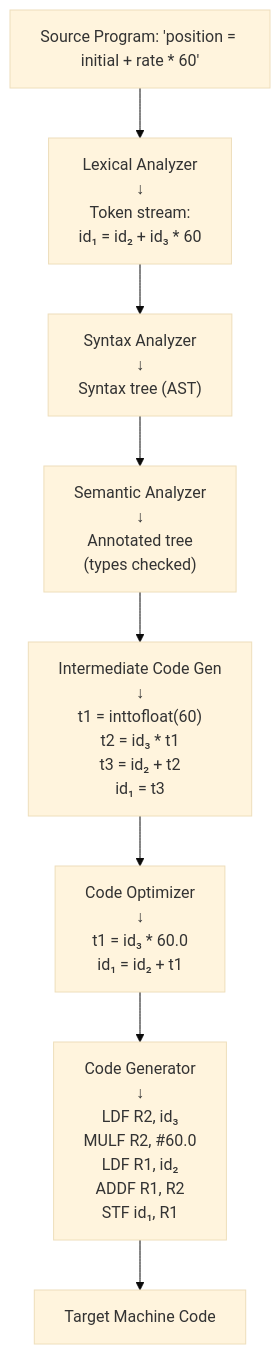
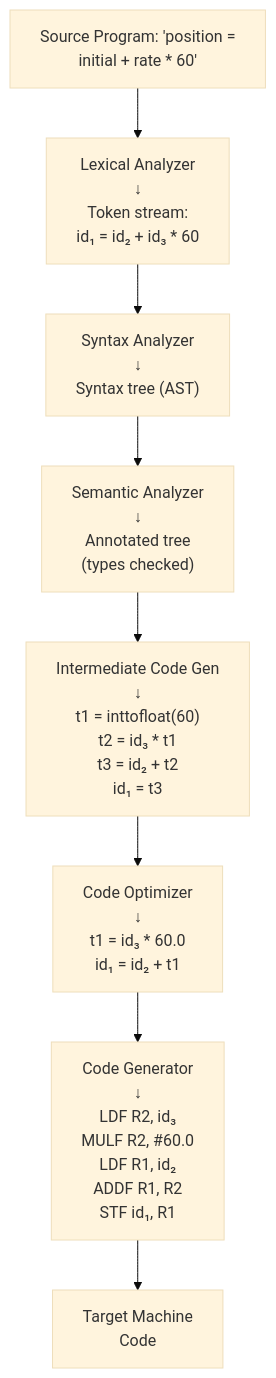
One commit to amitdevx/TY changed the second of 2 diagrams in 02-Semester-VI/CS-354-MJ-T-Compiler-Construction/Unit-2.md. Above: the diagram before and after it, drawn with Mermaid (base theme). The commit also changed other lines of this file and 65 other files, not shown here.

Commit message:
fix:graph vertical

````diff
--- a/02-Semester-VI/CS-354-MJ-T-Compiler-Construction/Unit-2.md
+++ b/02-Semester-VI/CS-354-MJ-T-Compiler-Construction/Unit-2.md
@@ -108,11 +111,11 @@
 ```mermaid
 flowchart TD
-  A["Source Program: 'position = initial + rate * 60'"] --> B
+  A["Source Program: 'position =<br/>initial + rate * 60'"] --> B
   B["Lexical Analyzer<br/>↓<br/>Token stream:<br/>id₁ = id₂ + id₃ * 60"] --> C
   C["Syntax Analyzer<br/>↓<br/>Syntax tree (AST)"] --> D
   D["Semantic Analyzer<br/>↓<br/>Annotated tree<br/>(types checked)"] --> E
   E["Intermediate Code Gen<br/>↓<br/>t1 = inttofloat(60)<br/>t2 = id₃ * t1<br/>t3 = id₂ + t2<br/>id₁ = t3"] --> F
   F["Code Optimizer<br/>↓<br/>t1 = id₃ * 60.0<br/>id₁ = id₂ + t1"] --> G
   G["Code Generator<br/>↓<br/>LDF R2, id₃<br/>MULF R2, #60.0<br/>LDF R1, id₂<br/>ADDF R1, R2<br/>STF id₁, R1"] --> H
-  H["Target Machine Code"]
+  H["Target Machine<br/>Code"]
 ```
````
